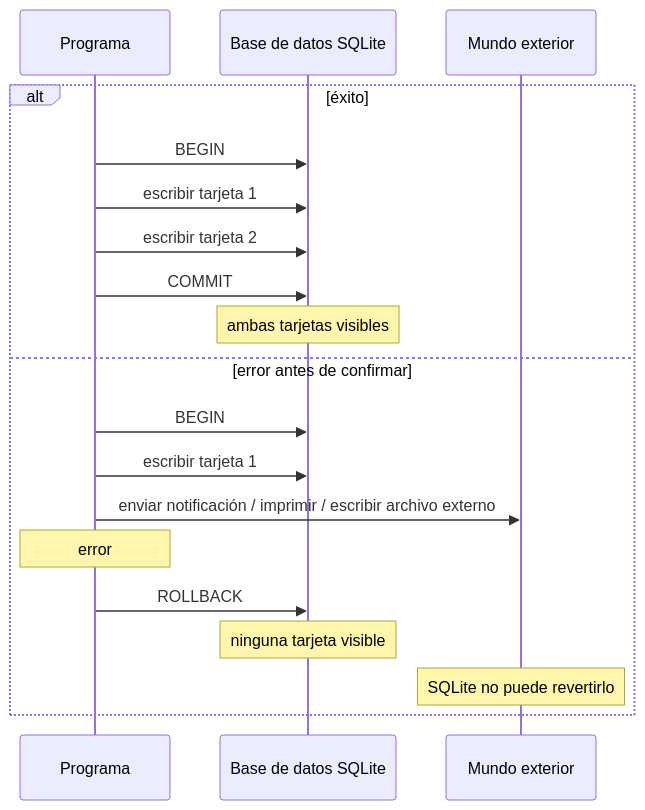
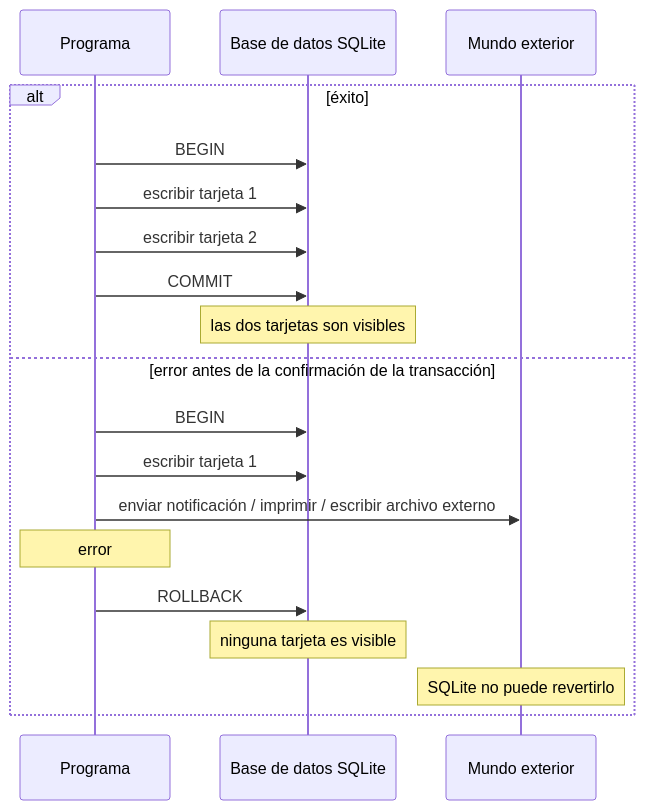
Before and after one commit to dullroar/aprende-a-programar-como-un-bicho-raro: the diagram in lessons/guias-de-estudio/conceptos/efectos-errores-y-confirmacion.md, drawn with Mermaid. The commit also changed 22 other files, not shown here.

First line of the commit message:
loop(P5-003): build six Spanish publications; sync_guide_diagrams supports #block-N

````diff
--- a/lessons/guias-de-estudio/conceptos/efectos-errores-y-confirmacion.md
+++ b/lessons/guias-de-estudio/conceptos/efectos-errores-y-confirmacion.md
@@ -57,23 +57,23 @@
 ```mermaid
 sequenceDiagram
     accTitle: La base de datos revierte su transacción, no todos los efectos que causó el programa
-    accDescr: Un diagrama de secuencia con el programa, la base de datos SQLite y el mundo exterior. En el caso de éxito, el programa inicia la transacción, escribe la tarjeta 1, escribe la tarjeta 2 y confirma, y ambas tarjetas quedan visibles. En el caso de fallo, el programa inicia la transacción y escribe la tarjeta 1. Envía una notificación al mundo exterior, que no forma parte de la transacción. Luego ocurre un error y el programa revierte, así que ninguna tarjeta queda visible. SQLite no puede deshacer el envío de la notificación.
+    accDescr: Un diagrama de secuencia con el programa, la base de datos SQLite y el mundo exterior. En el caso de éxito, el programa empieza, escribe la tarjeta 1, escribe la tarjeta 2 y confirma la transacción, y las dos tarjetas son visibles. En el caso de fallo, el programa empieza y escribe la tarjeta 1. Envía una notificación al mundo exterior, que no forma parte de la transacción. Luego ocurre un error y el programa revierte, así que ninguna tarjeta es visible. SQLite no puede retirar la notificación.
     participant P as Programa
     participant DB as Base de datos SQLite
     participant X as Mundo exterior
     alt éxito
         P->>DB: BEGIN
         P->>DB: escribir tarjeta 1
         P->>DB: escribir tarjeta 2
         P->>DB: COMMIT
-        Note over DB: ambas tarjetas visibles
-    else error antes de confirmar
+        Note over DB: las dos tarjetas son visibles
+    else error antes de la confirmación de la transacción
         P->>DB: BEGIN
         P->>DB: escribir tarjeta 1
         P->>X: enviar notificación / imprimir / escribir archivo externo
         Note over P: error
         P->>DB: ROLLBACK
-        Note over DB: ninguna tarjeta visible
+        Note over DB: ninguna tarjeta es visible
         Note over X: SQLite no puede revertirlo
     end
 ```
````
